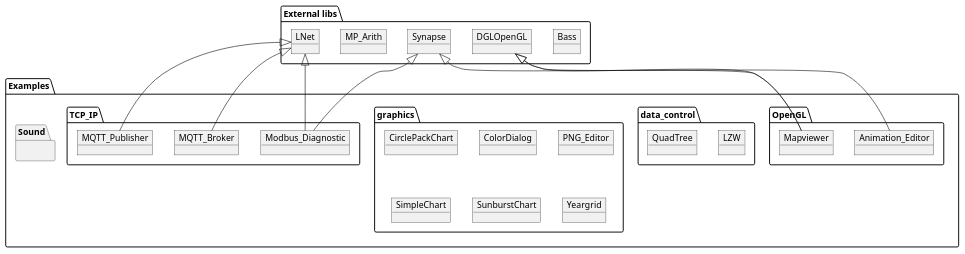
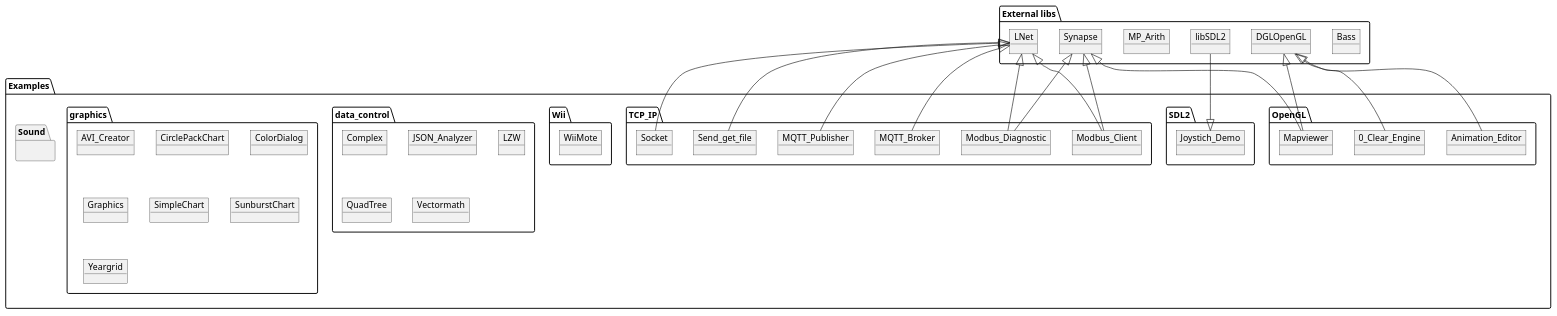
One commit to PascalCorpsman/Examples changed the diagram in overview.plantuml. Above: the diagram before and after it, drawn with PlantUML. The commit also changed 1 other file, not shown here.

```diff
--- a/overview.plantuml
+++ b/overview.plantuml
@@ -2,47 +2,71 @@
 @startuml
 
 package "Examples" {
   package "OpenGL" {
    object Animation_Editor
+   object 0_Clear_Engine
    object Mapviewer
   }
+  package "SDL2" {
+   object Joystich_Demo
+  }
+  package "TCP_IP" {
+   object MQTT_Broker
+   object MQTT_Publisher
+   object Modbus_Client
+   object Modbus_Diagnostic
+   object Send_get_file
+   object Socket
+  }
+  package "Wii" {
+    object WiiMote
+  }
   package "data_control" {
+    object Complex
+    object JSON_Analyzer
     object LZW
     object QuadTree
+    object Vectormath
   }
   package "graphics" {
+   object AVI_Creator
    object CirclePackChart
    object ColorDialog
-   object PNG_Editor
+   object Graphics
    object SimpleChart
    object SunburstChart
    object Yeargrid
-  }
-  package "TCP_IP" {
-   object Modbus_Diagnostic
-   object MQTT_Broker
-   object MQTT_Publisher
   }
   package "Sound" {
    
   }
 }
 
 package "External libs" 
 {
   object Bass
   object DGLOpenGL
   object LNet 
   object MP_Arith
+  object libSDL2
   object Synapse
 
+  DGLOpenGL <|-- 0_Clear_Engine
+  DGLOpenGL <|-- Animation_Editor 
+  DGLOpenGL <|-- Mapviewer 
   Synapse <|-- Mapviewer 
-  DGLOpenGL <|-- Mapviewer 
-  DGLOpenGL <|-- Animation_Editor 
+
+  Joystich_Demo <|-- libSDL2
+
+  LNet <|-- MQTT_Broker
+  LNet <|-- MQTT_Publisher
+  LNet <|-- Modbus_Client
+  Synapse <|-- Modbus_Client
+  LNet <|-- Modbus_Diagnostic
   Synapse <|-- Modbus_Diagnostic
-  LNet <|-- Modbus_Diagnostic
-  LNet <|-- MQTT_Publisher
-  LNet <|-- MQTT_Broker
+  LNet <|-- Send_get_file
+  LNet <|-- Socket
+
 }
 
 @enduml
```
